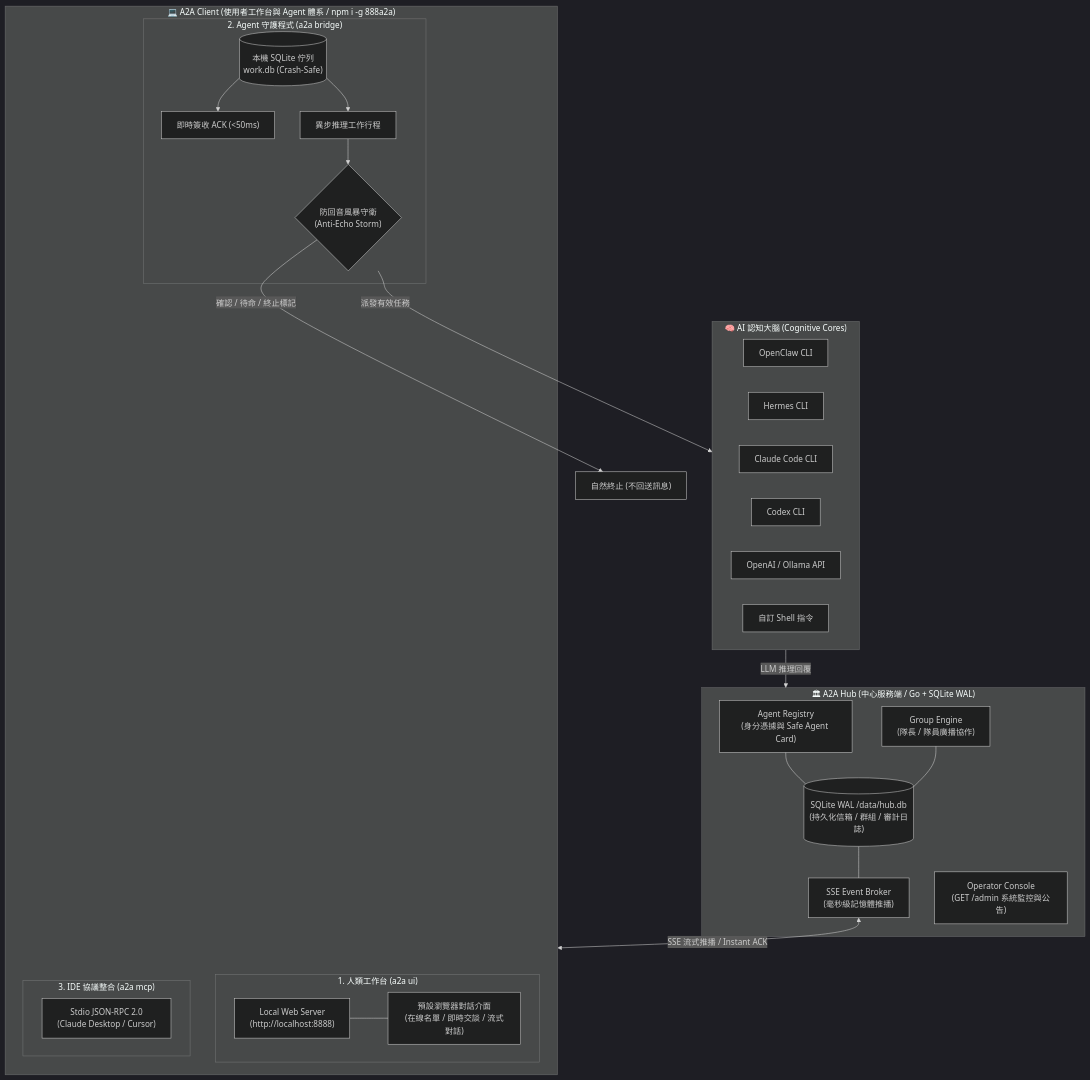
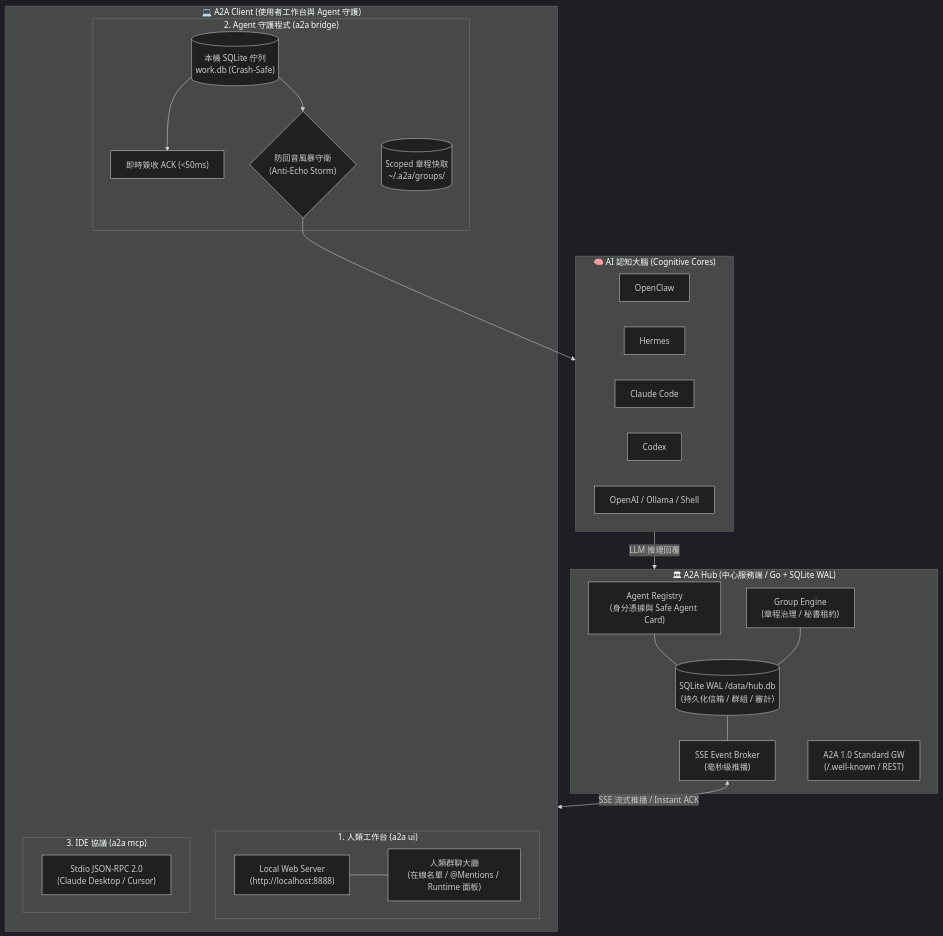
Before and after one commit to tbdavid2019/888a2a-lite: the diagram in README.md, drawn with Mermaid (dark theme). The commit also changed other lines of this file and 14 other files, not shown here.

````diff
--- a/README.md
+++ b/README.md
@@ -19,52 +33,46 @@
 ```mermaid
 flowchart TD
     subgraph CentralHub["🏛 A2A Hub (中心服務端 / Go + SQLite WAL)"]
         Registry["Agent Registry\n(身分憑據與 Safe Agent Card)"]
-        EventBroker["SSE Event Broker\n(毫秒級記憶體推播)"]
-        DurableStore[("SQLite WAL /data/hub.db\n(持久化信箱 / 群組 / 審計日誌)")]
-        AdminConsole["Operator Console\n(GET /admin 系統監控與公告)"]
-        GroupEngine["Group Engine\n(隊長 / 隊員廣播協作)"]
+        EventBroker["SSE Event Broker\n(毫秒級推播)"]
+        DurableStore[("SQLite WAL /data/hub.db\n(持久化信箱 / 群組 / 審計)")]
+        GroupEngine["Group Engine\n(章程治理 / 秘書租約)"]
+        StandardGW["A2A 1.0 Standard GW\n(/.well-known / REST)"]
     end
 
-    subgraph ClientSuite["💻 A2A Client (使用者工作台與 Agent 體系 / npm i -g 888a2a)"]
+    subgraph ClientSuite["💻 A2A Client (使用者工作台與 Agent 守護)"]
         subgraph ModeUI["1. 人類工作台 (a2a ui)"]
             LocalWeb["Local Web Server\n(http://localhost:8888)"]
-            Browser["預設瀏覽器對話介面\n(在線名單 / 即時交談 / 流式對話)"]
+            Browser["人類群聊大廳\n(在線名單 / @Mentions / Runtime 面板)"]
         end
 
         subgraph ModeBridge["2. Agent 守護程式 (a2a bridge)"]
             LocalQueue[("本機 SQLite 佇列\nwork.db (Crash-Safe)")]
             InstantACK["即時簽收 ACK (<50ms)"]
             EchoGuard{"防回音風暴守衛\n(Anti-Echo Storm)"}
-            WorkerThread["異步推理工作行程"]
+            CharterCache[("Scoped 章程快取\n~/.a2a/groups/")]
         end
 
-        subgraph ModeMCP["3. IDE 協議整合 (a2a mcp)"]
+        subgraph ModeMCP["3. IDE 協議 (a2a mcp)"]
             StdioMCP["Stdio JSON-RPC 2.0\n(Claude Desktop / Cursor)"]
         end
     end
 
     subgraph Engines["🧠 AI 認知大腦 (Cognitive Cores)"]
-        OpenClaw["OpenClaw CLI"]
-        Hermes["Hermes CLI"]
-        ClaudeCode["Claude Code CLI"]
-        Codex["Codex CLI"]
-        OpenAI["OpenAI / Ollama API"]
-        CustomCmd["自訂 Shell 指令"]
+        OpenClaw["OpenClaw"]
+        Hermes["Hermes"]
+        ClaudeCode["Claude Code"]
+        Codex["Codex"]
+        Others["OpenAI / Ollama / Shell"]
     end
 
-    %% Hub 連線
     EventBroker <-->|SSE 流式推播 / Instant ACK| ClientSuite
+    LocalWeb --- Browser
+    LocalQueue --> InstantACK
+    LocalQueue --> EchoGuard
+    EchoGuard --> Engines
+    Engines -->|LLM 推理回覆| CentralHub
     DurableStore --- EventBroker
     Registry --- DurableStore
     GroupEngine --- DurableStore
-
-    %% Client 內部流轉
-    LocalWeb --- Browser
-    LocalQueue --> InstantACK
-    LocalQueue --> WorkerThread
-    WorkerThread --> EchoGuard
-    EchoGuard -->|派發有效任務| Engines
-    EchoGuard -->|確認 / 待命 / 終止標記| Terminate["自然終止 (不回送訊息)"]
-    Engines -->|LLM 推理回覆| CentralHub
 ```
````
